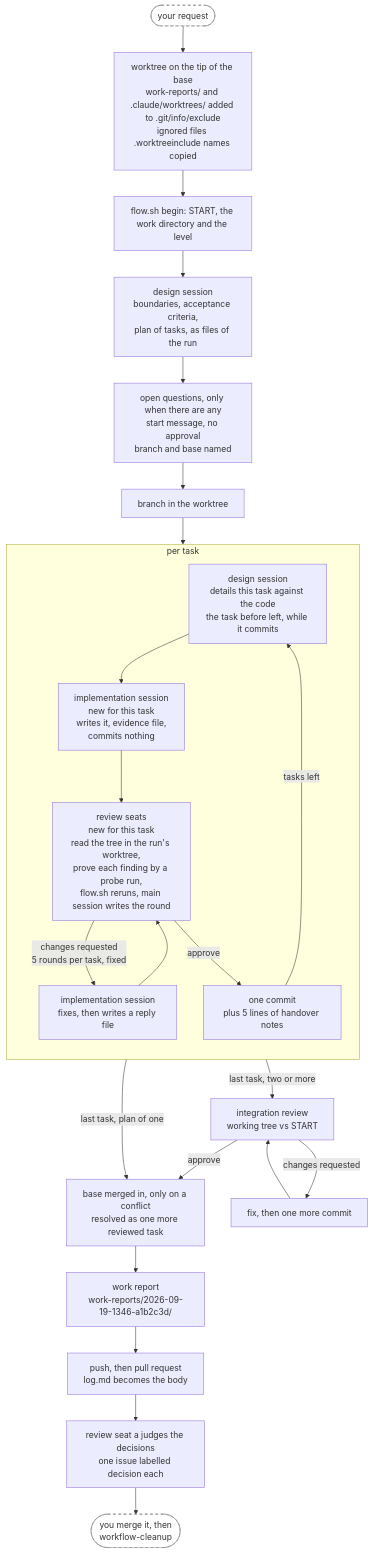
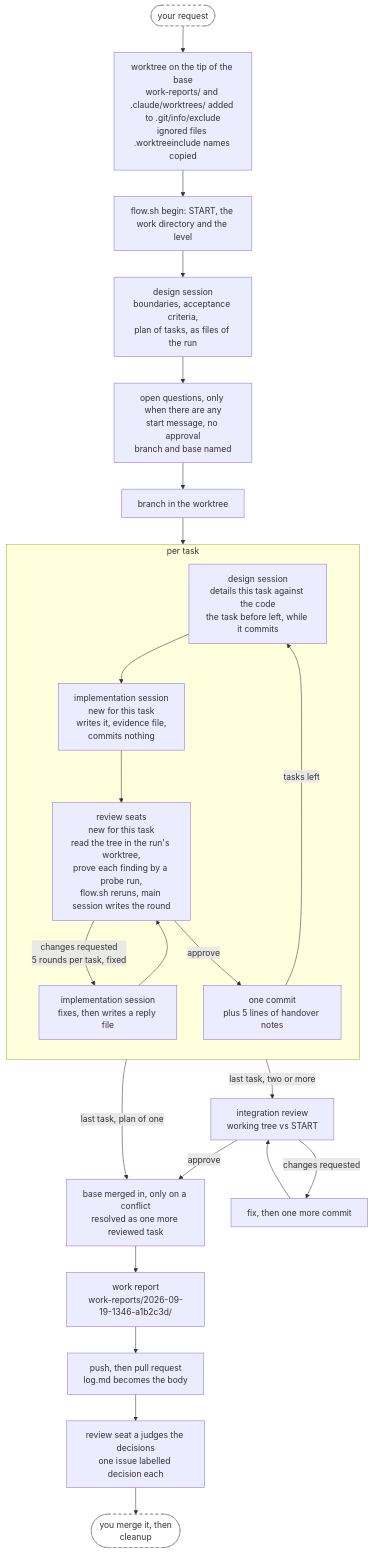
Before and after one commit to annetaan/claude-plugins: the second of 4 diagrams in plugins/annetaan/README.md, drawn with Mermaid. The commit also changed other lines of this file and 31 other files, not shown here.

````diff
--- a/plugins/annetaan/README.md
+++ b/plugins/annetaan/README.md
@@ -173,33 +173,33 @@
 ```mermaid
 flowchart TD
     req(["your request"]) --> wt["worktree on the tip of the base<br/>work-reports/ and .claude/worktrees/ added to .git/info/exclude<br/>ignored files .worktreeinclude names copied"] --> begin["flow.sh begin: START, the work directory and the level"] --> design["design session<br/>boundaries, acceptance criteria,<br/>plan of tasks, as files of the run"]
     design --> ask["open questions, only when there are any<br/>start message, no approval<br/>branch and base named"]
     ask --> setup["branch in the worktree"]
     setup --> detail
 
     subgraph task["per task"]
         direction TB
         detail["design session<br/>details this task against the code<br/>the task before left, while it commits"]
         impl["implementation session<br/>new for this task<br/>writes it, evidence file,<br/>commits nothing"]
         review["review seats<br/>new for this task<br/>read the tree in the run's worktree,<br/>prove each finding by a probe run,<br/>flow.sh reruns, main session writes the round"]
         respond["implementation session<br/>fixes, then writes a reply file"]
         commit["one commit<br/>plus 5 lines of handover notes"]
         detail --> impl --> review
         review -->|"changes requested<br/>5 rounds per task, fixed"| respond
         respond --> review
         review -->|approve| commit
         commit -->|tasks left| detail
     end
 
     commit -->|"last task, two or more"| integ["integration review<br/>working tree vs START"]
     commit -->|"last task, plan of one"| sync
     integ -->|changes requested| integfix["fix, then one more commit"]
     integfix --> integ
     integ -->|approve| sync["base merged in, only on a conflict<br/>resolved as one more reviewed task"]
     sync --> report["work report<br/>work-reports/2026-09-19-1346-a1b2c3d/"]
     report --> pr["push, then pull request<br/>log.md becomes the body"]
-    pr --> decisions["review seat a judges the decisions<br/>one issue labelled decision each"] --> clean(["you merge it, then<br/>workflow-cleanup"])
+    pr --> decisions["review seat a judges the decisions<br/>one issue labelled decision each"] --> clean(["you merge it, then<br/>cleanup"])
 
     classDef human fill:#fff,stroke:#888,stroke-dasharray: 5 5
     class req,clean human
 ```
````
